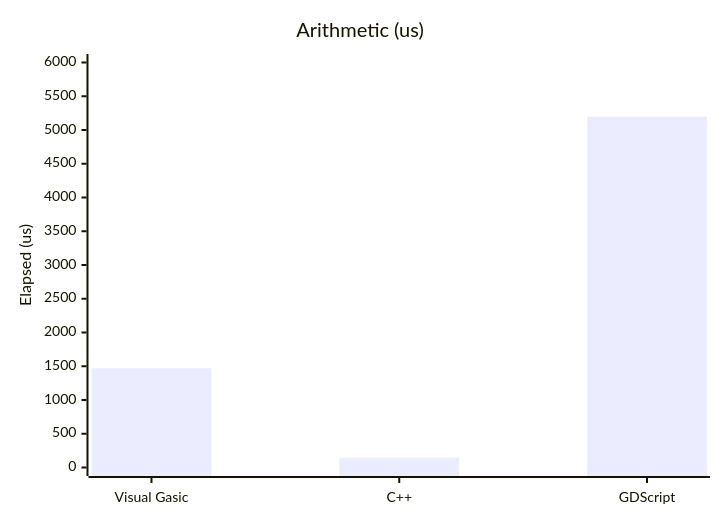
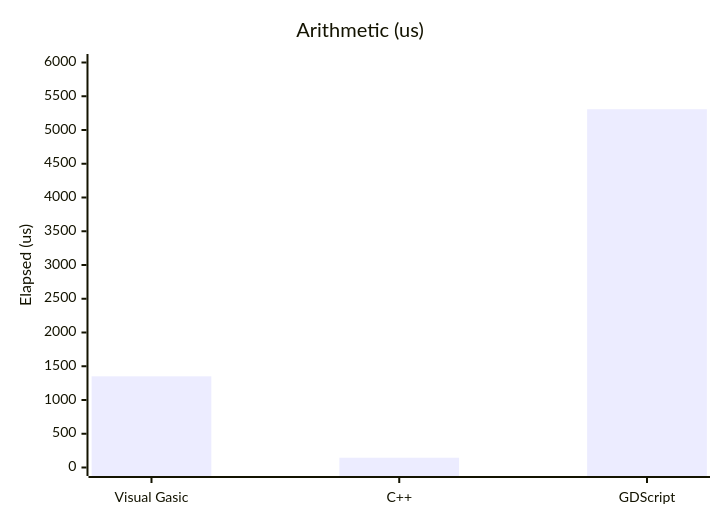
The first of 11 diagrams in docs/manual/performance.md (xgreenrx-star/VisualGasic), drawn with Mermaid before and after one commit. The commit also changed other lines of this file and 8 other files, not shown here.

````diff
--- a/docs/manual/performance.md
+++ b/docs/manual/performance.md
@@ -74,7 +81,7 @@
 ```mermaid
 xychart-beta
     title "Arithmetic (us)"
     x-axis ["Visual Gasic","C++","GDScript"]
     y-axis "Elapsed (us)" 0 --> 6000
-    bar [1470,145,5197]
+    bar [1351,145,5308]
 ```
````
